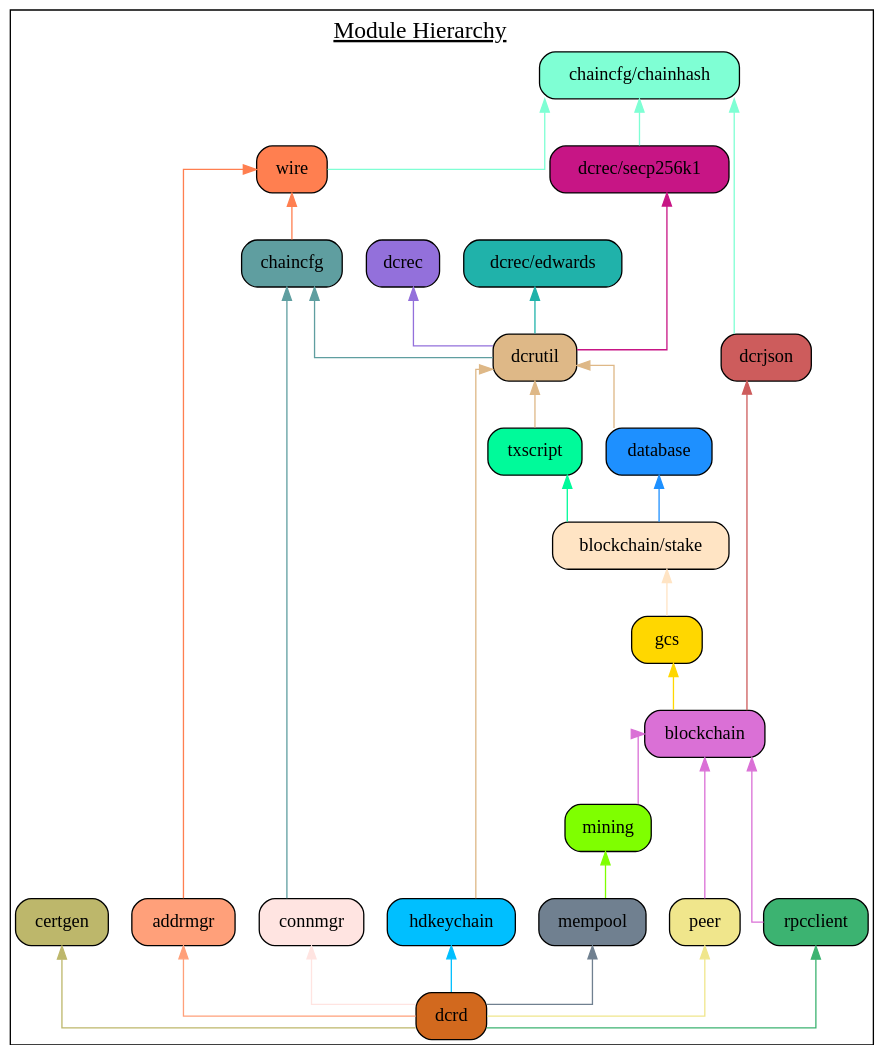
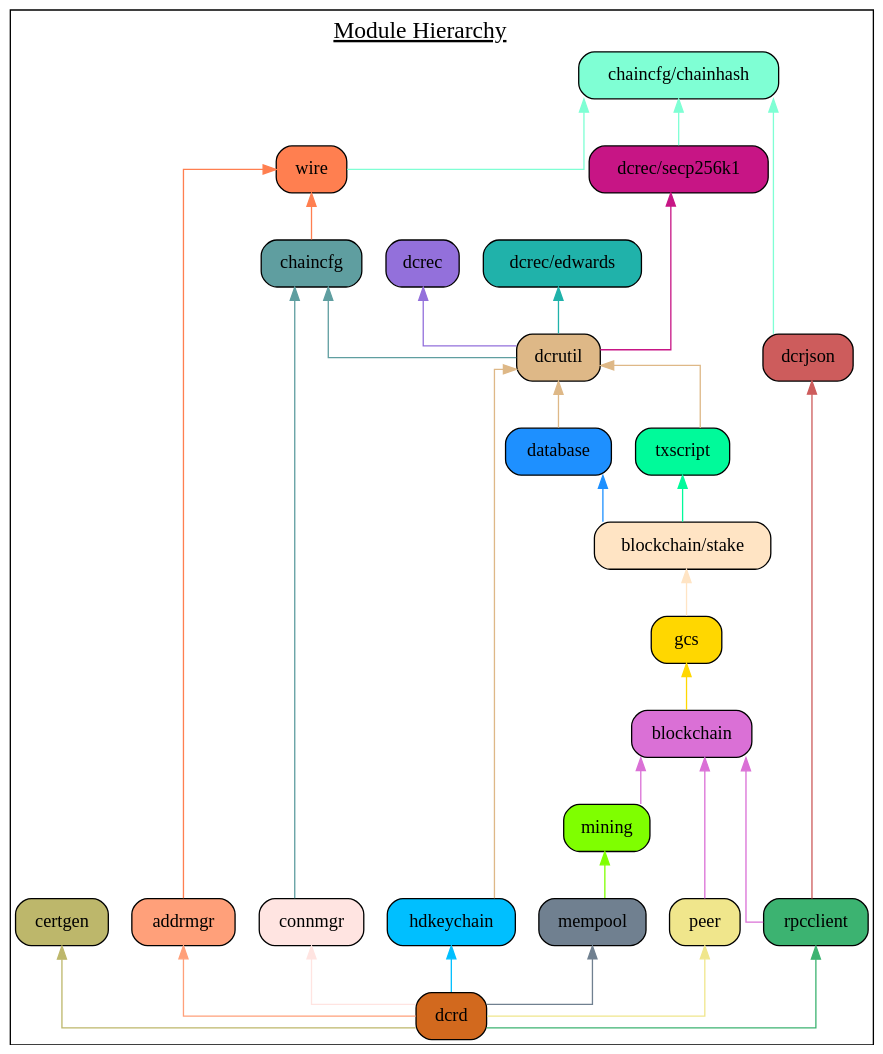
Before and after one commit to decred/dcrd: the diagram in docs/assets/module_hierarchy.gv, drawn with Graphviz. The commit also changed 6 other files, not shown here.

First line of the commit message:
multi: Break blockchain dependency on dcrjson.

```diff
--- a/docs/assets/module_hierarchy.gv
+++ b/docs/assets/module_hierarchy.gv
@@ -1,61 +1,61 @@
 digraph {
 	graph [splines=ortho colorscheme=svg label=<<u>Module Hierarchy</u>> labelloc=t fontsize=18.0]
 	node [shape=box style="filled, rounded"]
 
 	certgen [label="certgen" fillcolor=darkkhaki]
 	chainhash [label="chaincfg/chainhash" fillcolor=aquamarine]
 	dcrjson [label="dcrjson" fillcolor=indianred]
 	wire [label="wire" fillcolor=coral]
 	addrmgr [label="addrmgr" fillcolor=lightsalmon]
 	chaincfg [label="chaincfg" fillcolor=cadetblue]
 	connmgr [label="connmgr" fillcolor=mistyrose]
 	dcrec [label="dcrec" fillcolor=mediumpurple]
 	edwards [label="dcrec/edwards" fillcolor=lightseagreen]
 	secp256k1 [label="dcrec/secp256k1" fillcolor=mediumvioletred]
 	dcrutil [label="dcrutil" fillcolor=burlywood]
 	database [label="database" fillcolor=dodgerblue]
 	hdkeychain [label="hdkeychain" fillcolor=deepskyblue]
 	txscript [label="txscript" fillcolor=mediumspringgreen]
 	stake [label="blockchain/stake" fillcolor=bisque]
 	gcs [label="gcs" fillcolor=gold]
 	blockchain [label="blockchain" fillcolor=orchid]
 	mempool [label="mempool" fillcolor=slategray]
 	mining [label="mining" fillcolor=chartreuse]
 	peer [label="peer" fillcolor=khaki]
 	rpcclient [label="rpcclient" fillcolor=mediumseagreen]
 	dcrd [label="dcrd" fillcolor=chocolate]
 
 	{rank=same connmgr addrmgr hdkeychain peer rpcclient mempool}
 
 	certgen
 	chainhash -> dcrjson [dir=back color=aquamarine]
 	chainhash -> wire [dir=back color=aquamarine]
 	wire -> addrmgr [dir=back color=coral]
 	wire -> chaincfg [dir=back color=coral]
 	chaincfg -> connmgr [dir=back color=cadetblue]
 	chainhash -> secp256k1 [dir=back color=aquamarine]
 	chaincfg -> dcrutil [dir=back color=cadetblue]
 	dcrec -> dcrutil [dir=back color=mediumpurple]
 	edwards ->  dcrutil [dir=back color=lightseagreen]
 	secp256k1 ->  dcrutil [dir=back color=mediumvioletred]
 	dcrutil -> database [dir=back color=burlywood]
 	dcrutil -> hdkeychain [dir=back color=burlywood]
 	dcrutil -> txscript [dir=back color=burlywood]
 	database ->  stake [dir=back color=dodgerblue]
 	txscript -> stake [dir=back color=mediumspringgreen]
 	stake -> gcs [dir=back color=bisque]
-	dcrjson -> blockchain [dir=back color=indianred]
 	gcs -> blockchain [dir=back color=gold]
 	blockchain -> mining [dir=back color=orchid]
 	mining -> mempool [dir=back color=chartreuse]
 	blockchain -> peer [dir=back color=orchid]
 	blockchain -> rpcclient [dir=back color=orchid]
+	dcrjson -> rpcclient [dir=back color=indianred]
 
 	mempool -> dcrd [dir=back color=slategray]
 	certgen -> dcrd [dir=back color=darkkhaki]
 	addrmgr -> dcrd [dir=back color=lightsalmon]
 	hdkeychain -> dcrd [dir=back color=deepskyblue]
 	connmgr -> dcrd [dir=back color=mistyrose]
 	rpcclient -> dcrd [dir=back color=mediumseagreen]
 	peer -> dcrd [dir=back color=khaki]
 }
```
